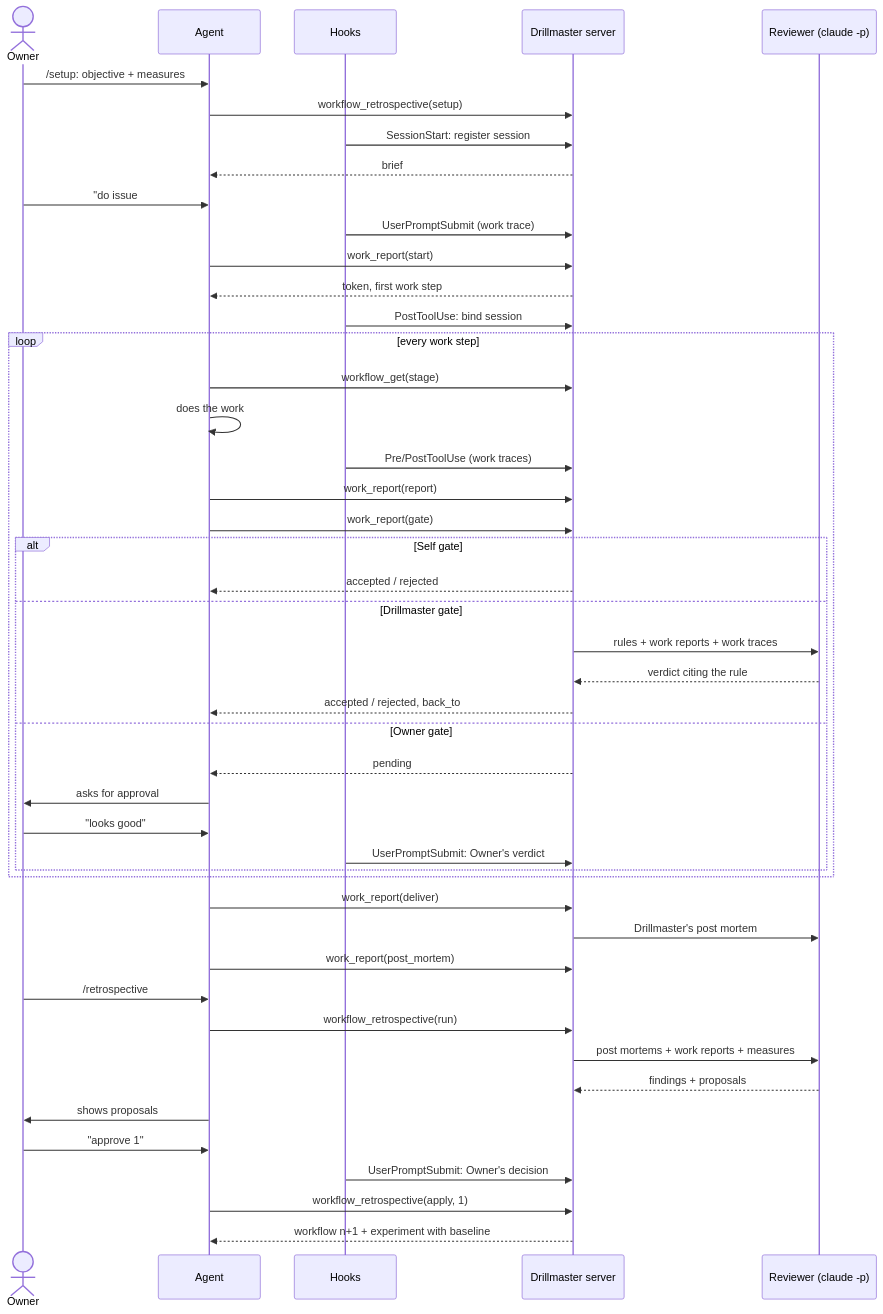
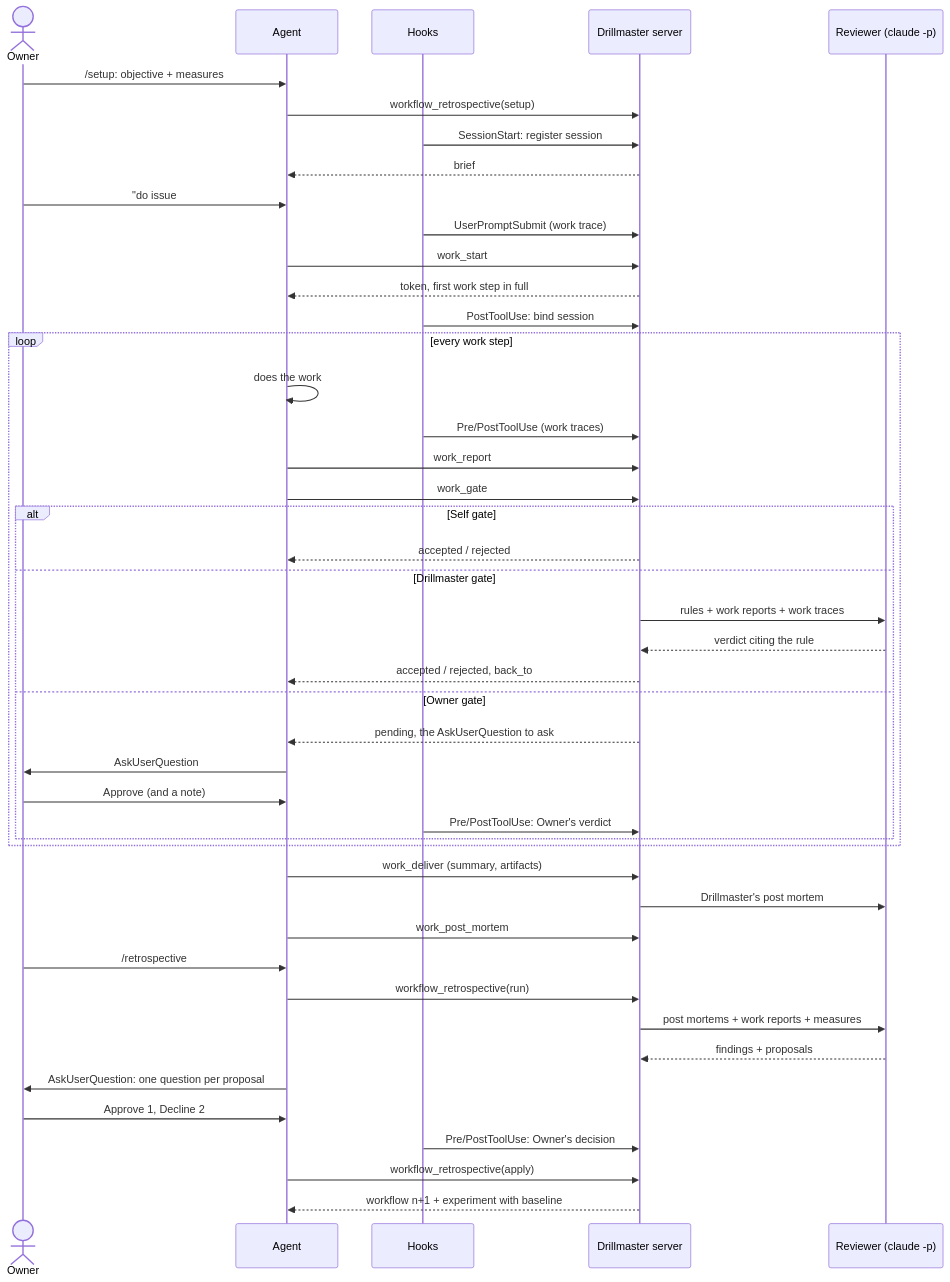
One commit to Delkrak/claude-devops-drillmaster changed the diagram in README.md. Above: the diagram before and after it, drawn with Mermaid. The commit also changed other lines of this file and 33 other files, not shown here.

````diff
--- a/README.md
+++ b/README.md
@@ -68,49 +81,48 @@
 ```mermaid
 sequenceDiagram
     actor Owner
     participant Agent
     participant Hooks
     participant DM as Drillmaster server
     participant Rev as Reviewer (claude -p)
 
     Owner->>Agent: /setup: objective + measures
     Agent->>DM: workflow_retrospective(setup)
     Hooks->>DM: SessionStart: register session
     DM-->>Agent: brief
     Owner->>Agent: "do issue #12"
     Hooks->>DM: UserPromptSubmit (work trace)
-    Agent->>DM: work_report(start)
-    DM-->>Agent: token, first work step
+    Agent->>DM: work_start
+    DM-->>Agent: token, first work step in full
     Hooks->>DM: PostToolUse: bind session
     loop every work step
-        Agent->>DM: workflow_get(stage)
         Agent->>Agent: does the work
         Hooks->>DM: Pre/PostToolUse (work traces)
-        Agent->>DM: work_report(report)
-        Agent->>DM: work_report(gate)
+        Agent->>DM: work_report
+        Agent->>DM: work_gate
         alt Self gate
             DM-->>Agent: accepted / rejected
         else Drillmaster gate
             DM->>Rev: rules + work reports + work traces
             Rev-->>DM: verdict citing the rule
             DM-->>Agent: accepted / rejected, back_to
         else Owner gate
-            DM-->>Agent: pending
-            Agent->>Owner: asks for approval
-            Owner->>Agent: "looks good"
-            Hooks->>DM: UserPromptSubmit: Owner's verdict
+            DM-->>Agent: pending, the AskUserQuestion to ask
+            Agent->>Owner: AskUserQuestion
+            Owner->>Agent: Approve (and a note)
+            Hooks->>DM: Pre/PostToolUse: Owner's verdict
         end
     end
-    Agent->>DM: work_report(deliver)
+    Agent->>DM: work_deliver (summary, artifacts)
     DM->>Rev: Drillmaster's post mortem
-    Agent->>DM: work_report(post_mortem)
+    Agent->>DM: work_post_mortem
     Owner->>Agent: /retrospective
     Agent->>DM: workflow_retrospective(run)
     DM->>Rev: post mortems + work reports + measures
     Rev-->>DM: findings + proposals
-    Agent->>Owner: shows proposals
-    Owner->>Agent: "approve 1"
-    Hooks->>DM: UserPromptSubmit: Owner's decision
-    Agent->>DM: workflow_retrospective(apply, 1)
+    Agent->>Owner: AskUserQuestion: one question per proposal
+    Owner->>Agent: Approve 1, Decline 2
+    Hooks->>DM: Pre/PostToolUse: Owner's decision
+    Agent->>DM: workflow_retrospective(apply)
     DM-->>Agent: workflow n+1 + experiment with baseline
 ```
````
